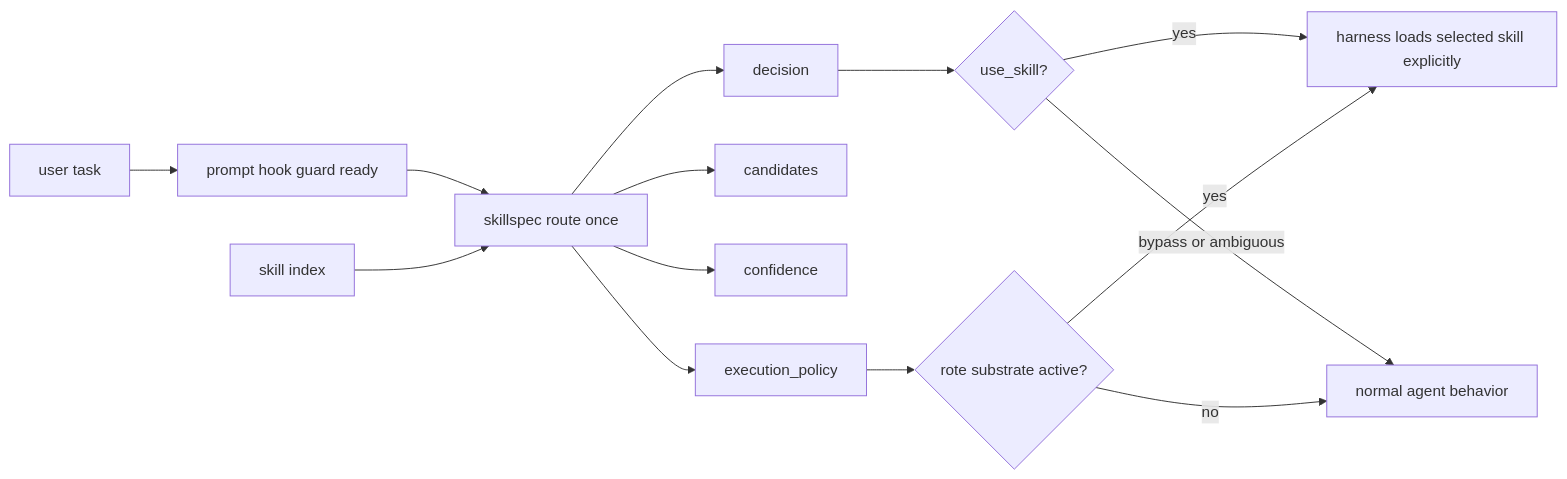
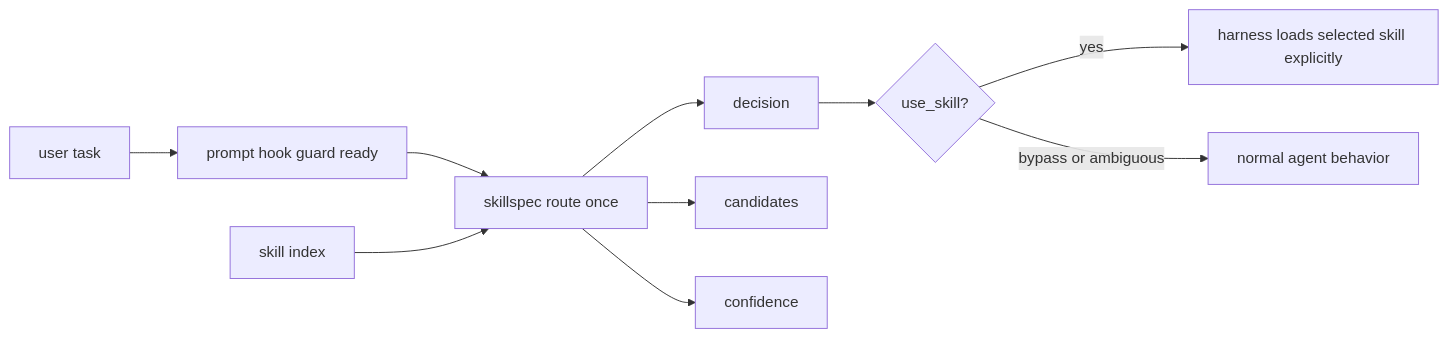
One commit to modiqo/skillspec changed the third of 5 diagrams in docs/design/explained/03-router-mode.md. Above: the diagram before and after it, drawn with Mermaid. The commit also changed other lines of this file and 17 other files, not shown here.

````diff
--- a/docs/design/explained/03-router-mode.md
+++ b/docs/design/explained/03-router-mode.md
@@ -105,16 +105,12 @@
 ```mermaid
 flowchart LR
     A[user task] --> B[prompt hook guard ready]
     B --> C[skillspec route once]
     D[skill index] --> C
     C --> E[decision]
     C --> F[candidates]
     C --> G[confidence]
-    C --> K[execution_policy]
     E --> H{use_skill?}
     H -->|yes| I[harness loads selected skill explicitly]
     H -->|bypass or ambiguous| J[normal agent behavior]
-    K --> L{rote substrate active?}
-    L -->|yes| I
-    L -->|no| J
 ```
````
